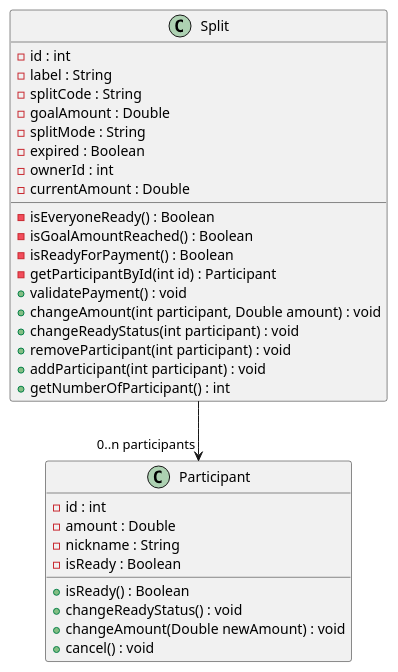
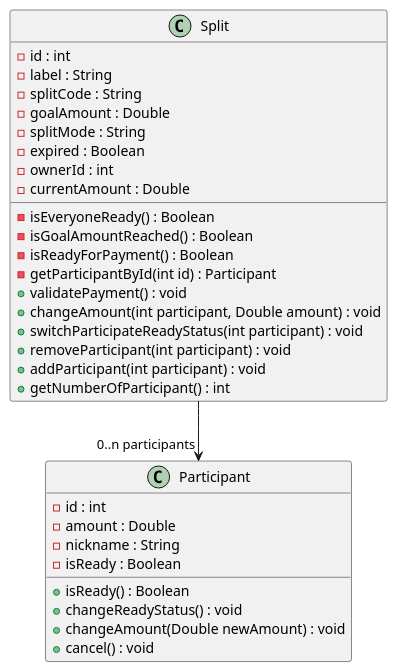
Before and after one commit to Julien-Wiegandt/SplitPay: the diagram in documentation/software_design/manage_split_participation/split_class_diagram.puml, drawn with PlantUML.

Commit message:
typo in method

```diff
--- a/documentation/software_design/manage_split_participation/split_class_diagram.puml
+++ b/documentation/software_design/manage_split_participation/split_class_diagram.puml
@@ -1,37 +1,37 @@
 @startuml
 
 class Split {
     - id : int
     - label : String
     - splitCode : String
     - goalAmount : Double
     - splitMode : String
     - expired : Boolean
     - isEveryoneReady() : Boolean
     - isGoalAmountReached() : Boolean
     - isReadyForPayment() : Boolean
     - getParticipantById(int id) : Participant
     - ownerId : int
     - currentAmount : Double
     + validatePayment() : void
     + changeAmount(int participant, Double amount) : void
-    + changeReadyStatus(int participant) : void
+    + switchParticipateReadyStatus(int participant) : void
     + removeParticipant(int participant) : void
     + addParticipant(int participant) : void
     + getNumberOfParticipant() : int
 }
 
 class Participant {
     - id : int
     - amount : Double
     - nickname : String
     - isReady : Boolean
     + isReady() : Boolean
     + changeReadyStatus() : void
     + changeAmount(Double newAmount) : void
     + cancel() : void
 }
 
 Split --> "0..n participants" Participant
 
 @enduml
```
